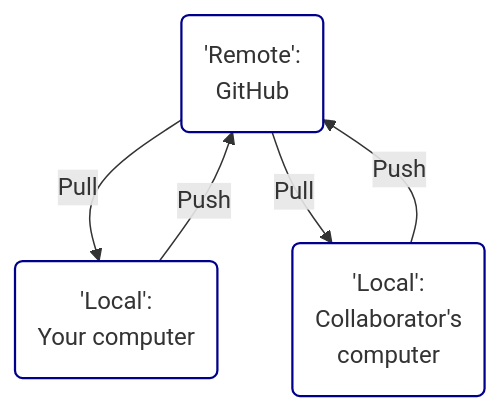
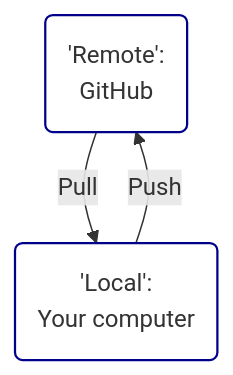
One commit to rostools/r-cubed-intro changed the diagram in images/raw/git-remotes-synch.mmd. Above: the diagram before and after it, drawn with Mermaid. The commit also changed 4 other files, not shown here.

```diff
--- a/images/raw/git-remotes-synch.mmd
+++ b/images/raw/git-remotes-synch.mmd
@@ -1,10 +1,7 @@
 graph TB
     linkStyle default interpolate basis
     A('Remote':<br>GitHub) -- Pull --> B('Local':<br>Your computer)
     B -- Push --> A
-    A -- Pull --> C('Local':<br>Collaborator's<br>computer)
-    C -- Push --> A
 
     style A fill:White,stroke:DarkBlue,stroke-width:1.5px;
     style B fill:White,stroke:DarkBlue,stroke-width:1.5px;
-    style C fill:White,stroke:DarkBlue,stroke-width:1.5px;
```
